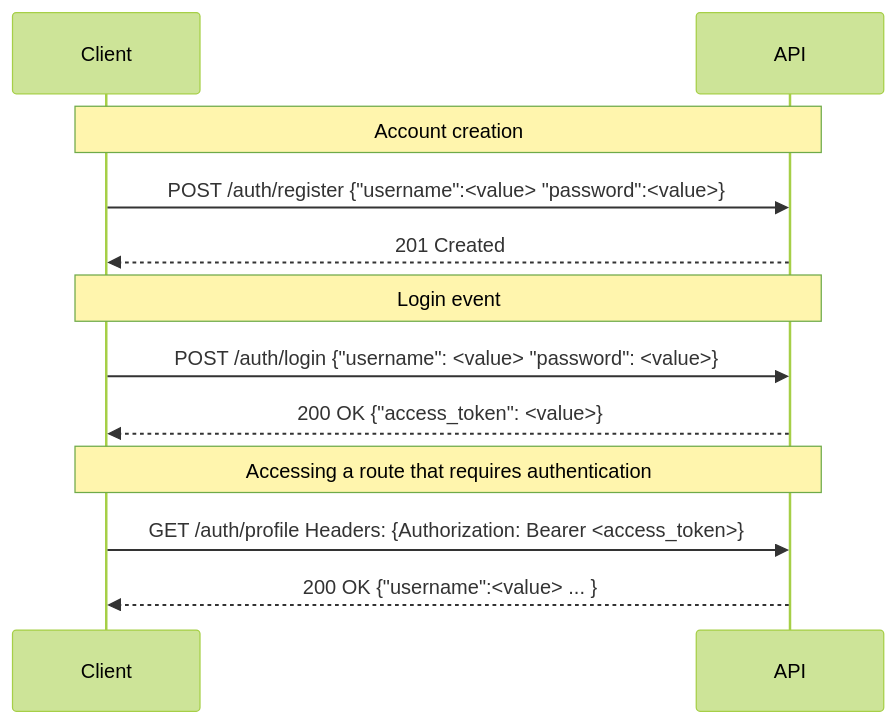
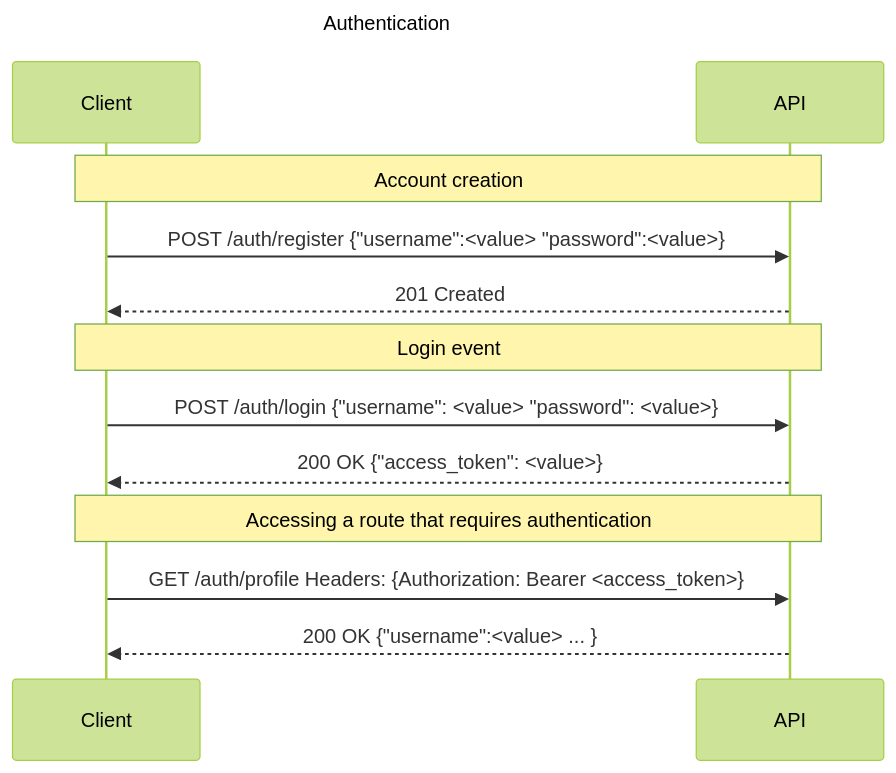
Before and after one commit to jkerola/PWP-2024: the diagram in api/README.md, drawn with Mermaid (forest theme).

Commit message:
add chart title

````diff
--- a/api/README.md
+++ b/api/README.md
@@ -5,18 +5,21 @@
 ```mermaid
+---
+title: Authentication
+---
 sequenceDiagram
     participant c as Client
     participant a as API
     Note over a,c: Account creation
     c->>a: POST /auth/register {"username":<value> "password":<value>}
     a-->>c: 201 Created
 
     note over a,c: Login event
     c->>a: POST /auth/login {"username": <value> "password": <value>}
     a-->>c: 200 OK {"access_token": <value>}
 
     note over a,c: Accessing a route that requires authentication
     c->>a: GET /auth/profile Headers: {Authorization: Bearer <access_token>}
     a-->>c: 200 OK {"username":<value> ... }
 
 
 ```
````
